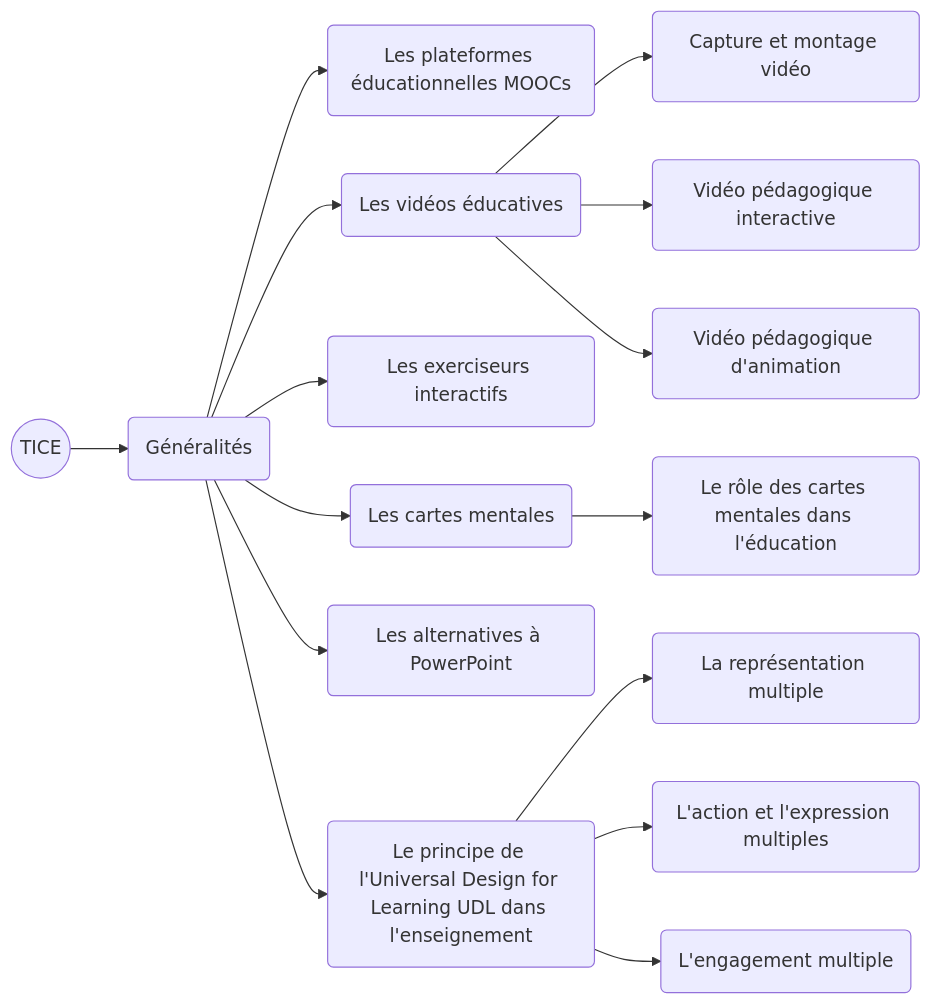
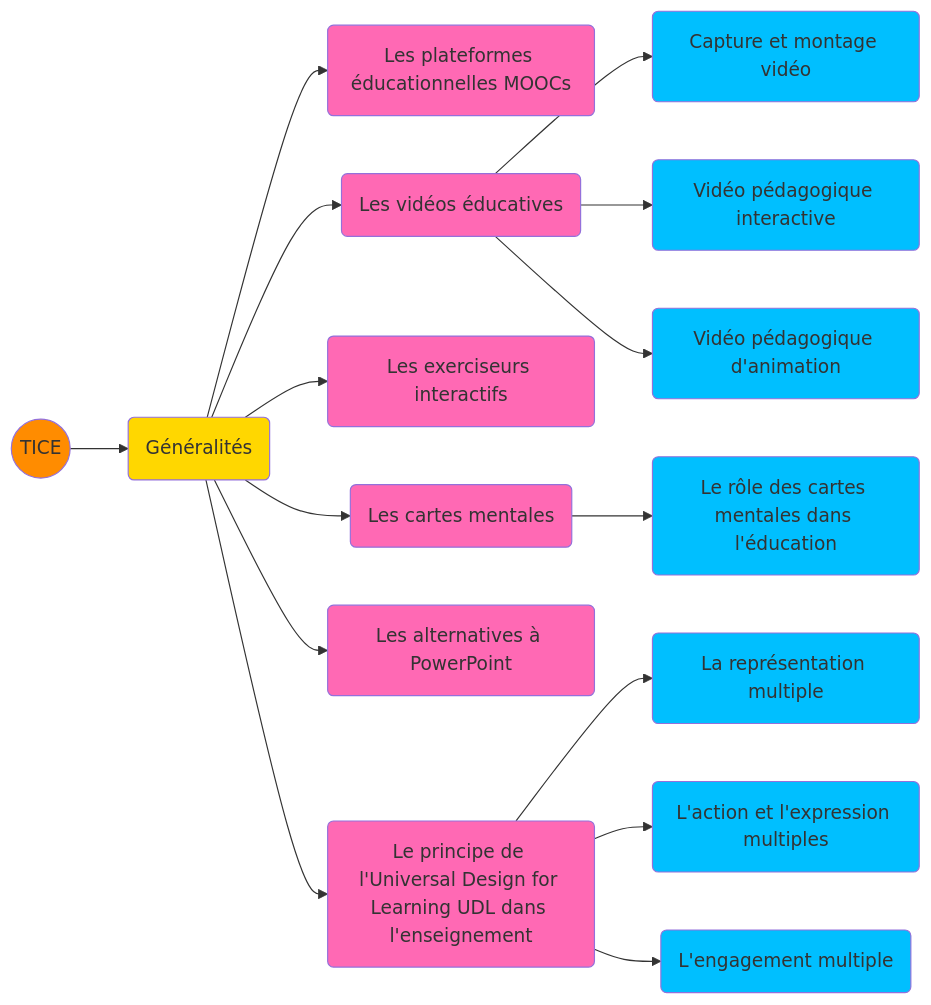
The diagram in pages/semestre1/tice.mdx (Aelmouny11/eportfolio), drawn with Mermaid before and after one commit. The commit also changed 2 other files, not shown here.

Commit message:
Finaliser les minmaps de sql*

````diff
--- a/pages/semestre1/tice.mdx
+++ b/pages/semestre1/tice.mdx
@@ -19,33 +19,51 @@
 ```mermaid
 graph LR
+
+style A fill:#FF8C00;
+style B fill:#FFD700;
+style C fill:#FF69B4;
+style D fill:#FF69B4;
+style E fill:#00BFFF;
+style F fill:#00BFFF;
+style G fill:#00BFFF;
+style H fill:#FF69B4;
+style I fill:#FF69B4;
+style J fill:#00BFFF;
+style K fill:#FF69B4;
+style L fill:#FF69B4;
+style M fill:#00BFFF;
+style N fill:#00BFFF;
+style O fill:#00BFFF;
+
 A((TICE))
 B(Généralités)
 C(Les plateformes éducationnelles MOOCs)
 D(Les vidéos éducatives)
 E(Capture et montage vidéo)
 F(Vidéo pédagogique interactive)
 G(Vidéo pédagogique d'animation)
 H(Les exerciseurs interactifs)
 I(Les cartes mentales)
 J(Le rôle des cartes mentales dans l'éducation)
 K(Les alternatives à PowerPoint)
 L(Le principe de l'Universal Design for Learning UDL dans l'enseignement)
 M(La représentation multiple)
 N(L'action et l'expression multiples)
 O(L'engagement multiple)
 
 A-->B
 B-->C
 B-->D
 D-->E
 D-->F
 D-->G
 B-->H
 B-->I
 I-->J
 B-->K
 B-->L
 L-->M
 L-->N
 L-->O
+
 ```
````
